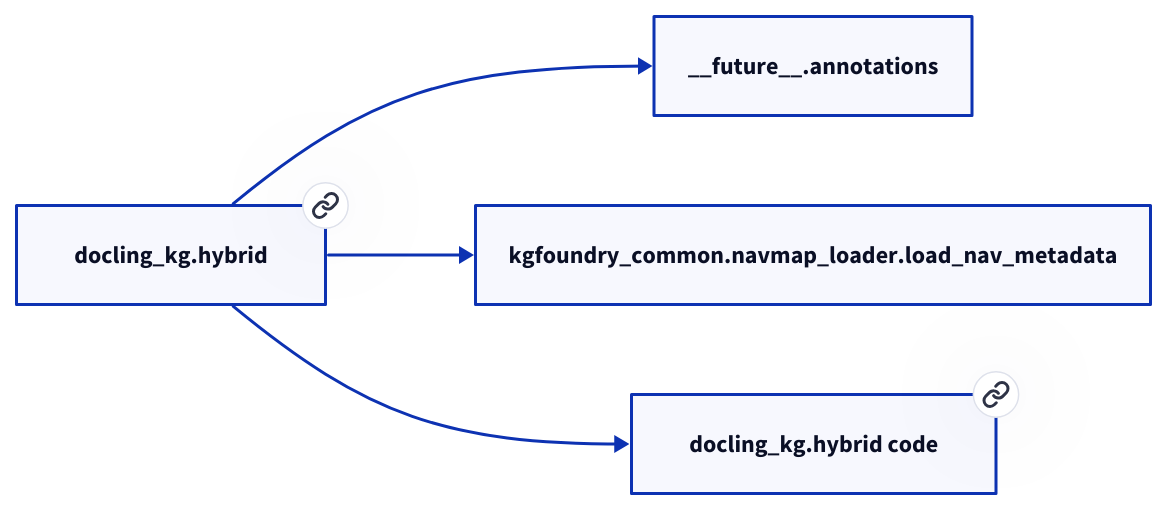
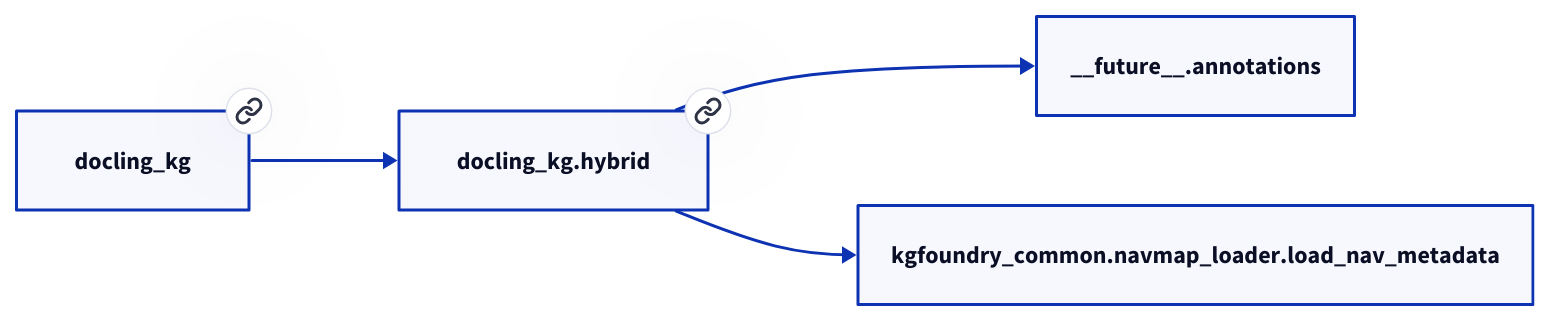
One commit to paul-heyse/kgforge changed the second of 2 diagrams in docs/modules/docling_kg/hybrid.md. Above: the diagram before and after it, drawn with D2. The commit also changed other lines of this file and 208 other files, not shown here.

````diff
--- a/docs/modules/docling_kg/hybrid.md
+++ b/docs/modules/docling_kg/hybrid.md
@@ -34,10 +38,10 @@
 ```d2
 direction: right
-"docling_kg.hybrid": "docling_kg.hybrid" { link: "./docling_kg/hybrid.md" }
+"docling_kg.hybrid": "docling_kg.hybrid" { link: "https://github.com/paul-heyse/kgfoundry/blob/main/src/docling_kg/hybrid.py" }
 "__future__.annotations": "__future__.annotations"
 "docling_kg.hybrid" -> "__future__.annotations"
 "kgfoundry_common.navmap_loader.load_nav_metadata": "kgfoundry_common.navmap_loader.load_nav_metadata"
 "docling_kg.hybrid" -> "kgfoundry_common.navmap_loader.load_nav_metadata"
-"docling_kg.hybrid_code": "docling_kg.hybrid code" { link: "https://github.com/kgfoundry/kgfoundry/blob/main/src/docling_kg/hybrid.py" }
-"docling_kg.hybrid" -> "docling_kg.hybrid_code" { style: dashed }
+"docling_kg": "docling_kg" { link: "https://github.com/paul-heyse/kgfoundry/blob/main/src/docling_kg/__init__.py" }
+"docling_kg" -> "docling_kg.hybrid" { style: dashed }
 ```
````
